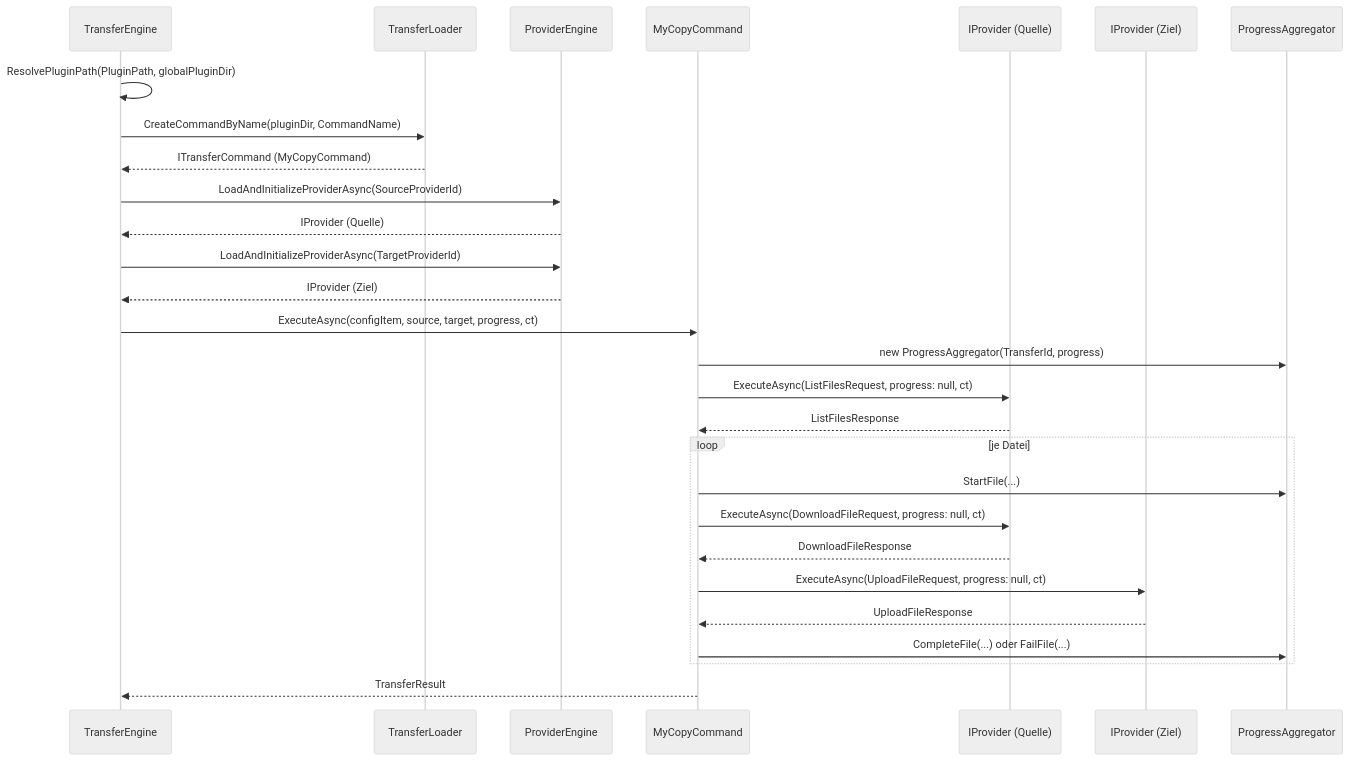
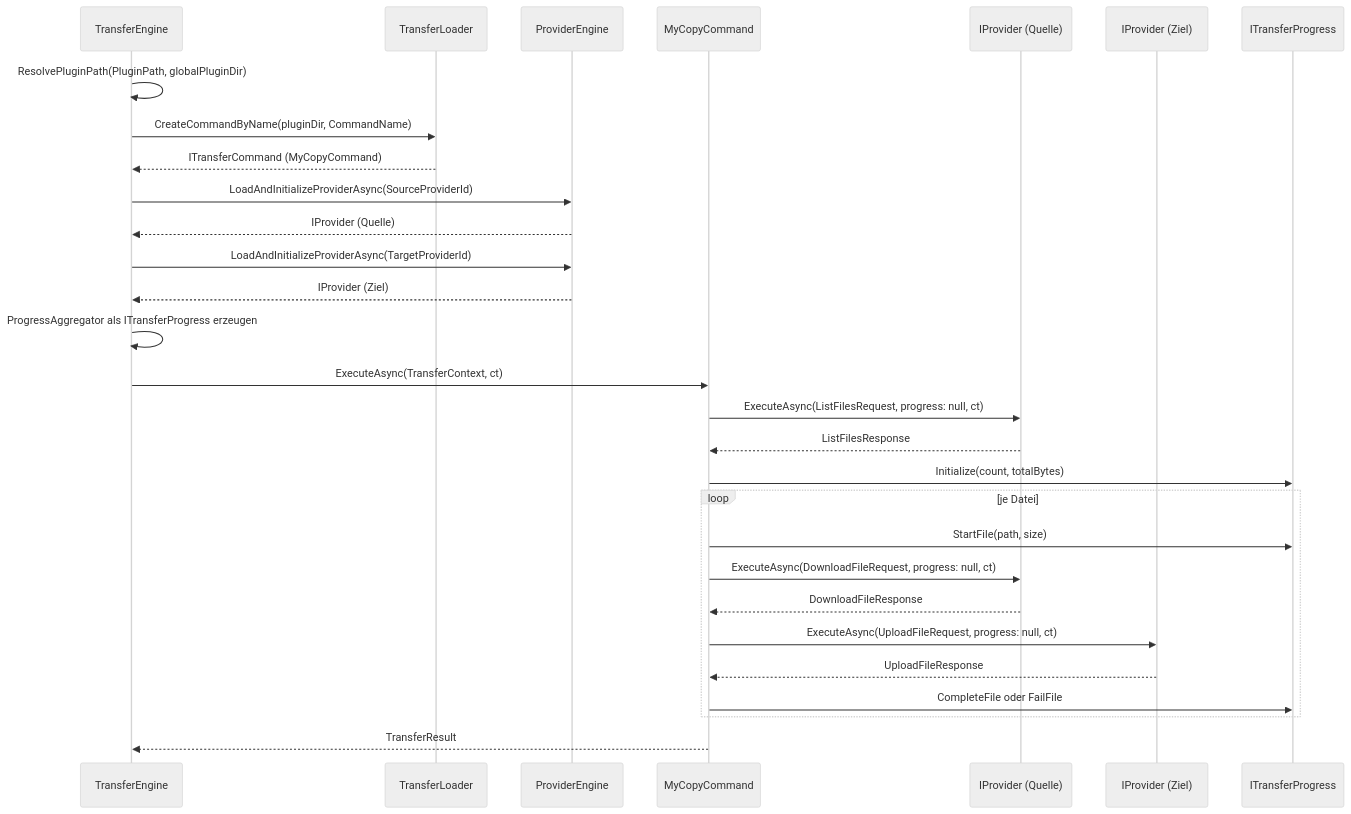
Before and after one commit to SOWITransferX/plugin-devkit: the second of 5 diagrams in docs/transfers/implement-transfer-plugin.md, drawn with Mermaid (neutral theme). The commit also changed other lines of this file and 26 other files, not shown here.

````diff
--- a/docs/transfers/implement-transfer-plugin.md
+++ b/docs/transfers/implement-transfer-plugin.md
@@ -74,31 +78,32 @@
 ```mermaid
 sequenceDiagram
     participant TE as TransferEngine
     participant TL as TransferLoader
     participant PE as ProviderEngine
     participant MC as MyCopyCommand
     participant SRC as IProvider (Quelle)
     participant TGT as IProvider (Ziel)
-    participant PAgg as ProgressAggregator
+    participant Prog as ITransferProgress
 
     TE->>TE: ResolvePluginPath(PluginPath, globalPluginDir)
     TE->>TL: CreateCommandByName(pluginDir, CommandName)
     TL-->>TE: ITransferCommand (MyCopyCommand)
     TE->>PE: LoadAndInitializeProviderAsync(SourceProviderId)
     PE-->>TE: IProvider (Quelle)
     TE->>PE: LoadAndInitializeProviderAsync(TargetProviderId)
     PE-->>TE: IProvider (Ziel)
-    TE->>MC: ExecuteAsync(configItem, source, target, progress, ct)
-    MC->>PAgg: new ProgressAggregator(TransferId, progress)
+    TE->>TE: ProgressAggregator als ITransferProgress erzeugen
+    TE->>MC: ExecuteAsync(TransferContext, ct)
     MC->>SRC: ExecuteAsync(ListFilesRequest, progress: null, ct)
     SRC-->>MC: ListFilesResponse
+    MC->>Prog: Initialize(count, totalBytes)
     loop je Datei
-        MC->>PAgg: StartFile(...)
+        MC->>Prog: StartFile(path, size)
         MC->>SRC: ExecuteAsync(DownloadFileRequest, progress: null, ct)
         SRC-->>MC: DownloadFileResponse
         MC->>TGT: ExecuteAsync(UploadFileRequest, progress: null, ct)
         TGT-->>MC: UploadFileResponse
-        MC->>PAgg: CompleteFile(...) oder FailFile(...)
+        MC->>Prog: CompleteFile oder FailFile
     end
     MC-->>TE: TransferResult
 ```
````
